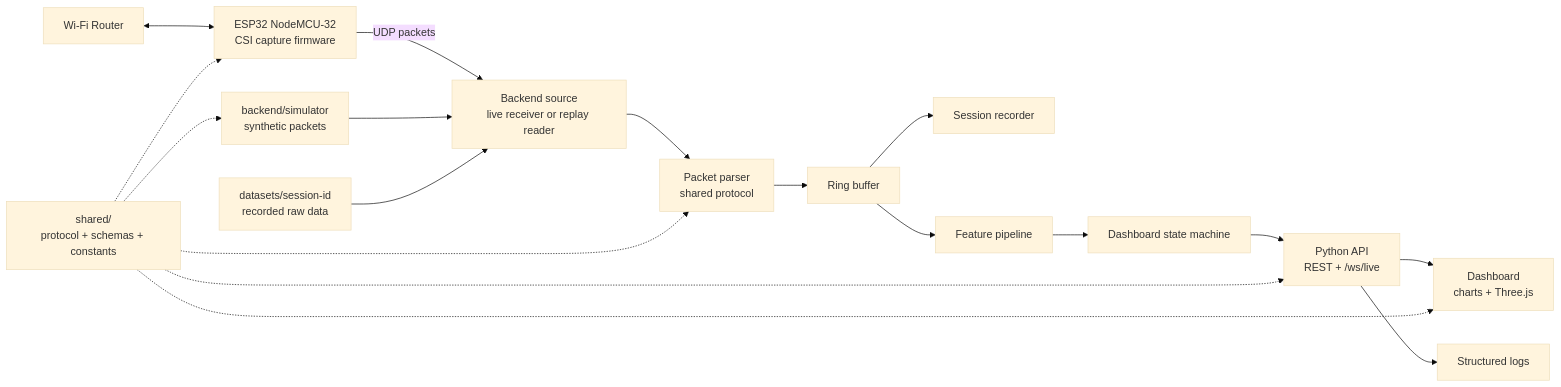
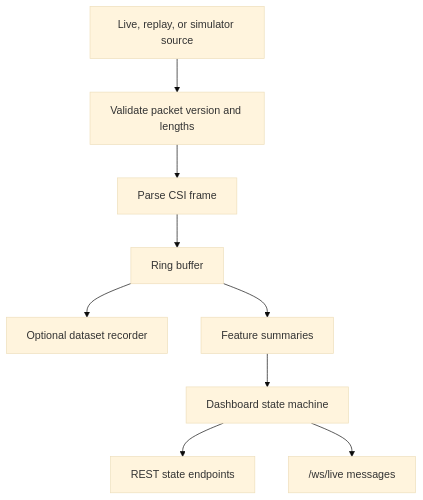
The second of 3 diagrams in docs/architecture.md (Mamba343/EchoSense), drawn with Mermaid (base theme) before and after one commit. The commit also changed other lines of this file and 12 other files, not shown here.

````diff
--- a/docs/architecture.md
+++ b/docs/architecture.md
@@ -100,21 +37,11 @@
 ```mermaid
-flowchart LR
-    Shared["shared/\nprotocol + schemas + constants"]
-    Router["Wi-Fi Router"] <--> ESP32["ESP32 NodeMCU-32\nCSI capture firmware"]
-    ESP32 -->|"UDP packets"| Source["Backend source\nlive receiver or replay reader"]
-    Simulator["backend/simulator\nsynthetic packets"] --> Source
-    Dataset["datasets/session-id\nrecorded raw data"] --> Source
-    Source --> Parser["Packet parser\nshared protocol"]
-    Parser --> Buffer["Ring buffer"]
-    Buffer --> Recorder["Session recorder"]
-    Buffer --> Features["Feature pipeline"]
+flowchart TB
+    Source["Live, replay, or simulator source"] --> Validate["Validate packet version and lengths"]
+    Validate --> Parse["Parse CSI frame"]
+    Parse --> Buffer["Ring buffer"]
+    Buffer --> Record["Optional dataset recorder"]
+    Buffer --> Features["Feature summaries"]
     Features --> State["Dashboard state machine"]
-    State --> API["Python API\nREST + /ws/live"]
-    API --> Dashboard["Dashboard\ncharts + Three.js"]
-    API --> Logs["Structured logs"]
-    Shared -.-> ESP32
-    Shared -.-> Simulator
-    Shared -.-> Parser
-    Shared -.-> API
-    Shared -.-> Dashboard
+    State --> REST["REST state endpoints"]
+    State --> WS["/ws/live messages"]
 ```
````
